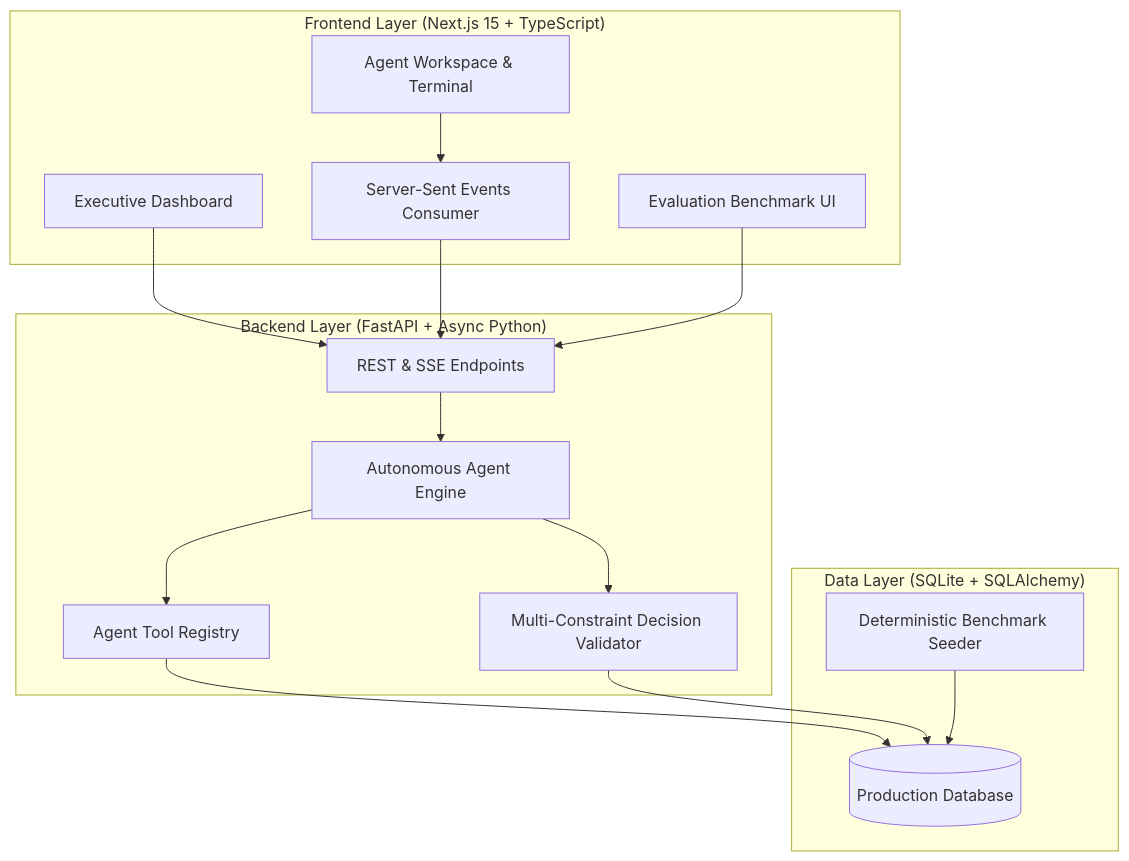
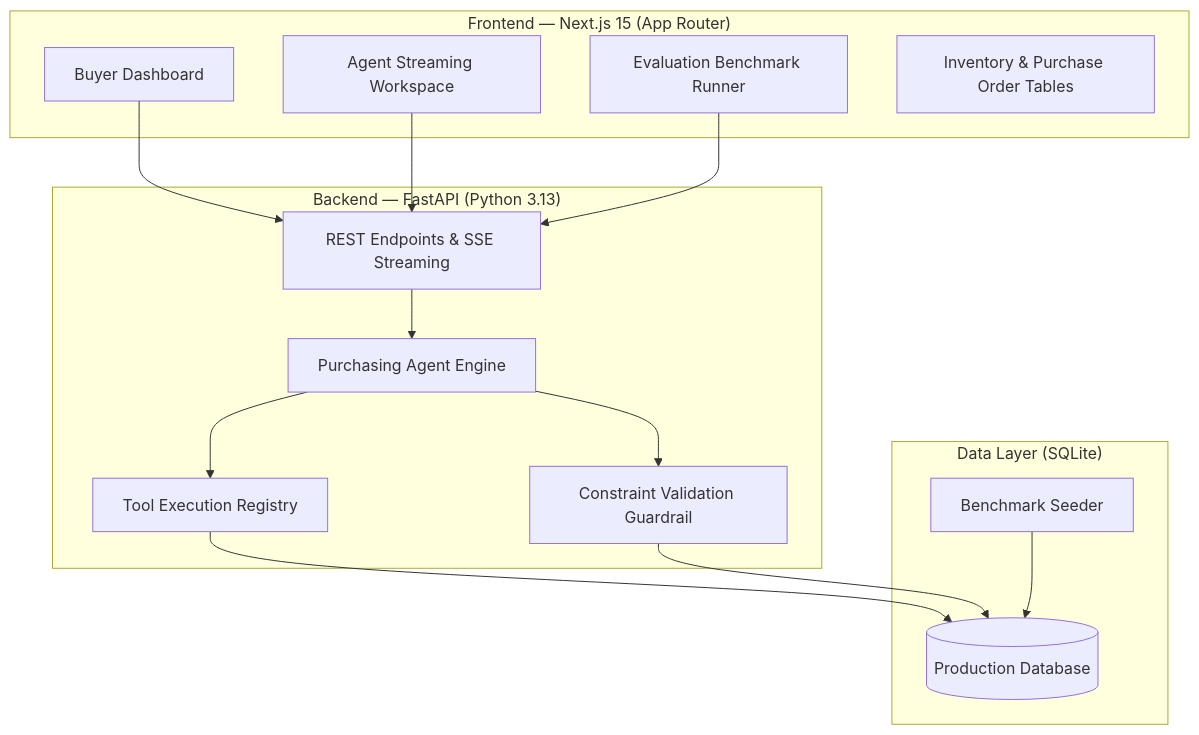
One commit to nikhil-87/BuyLogic changed the diagram in README.md. Above: the diagram before and after it, drawn with Mermaid. The commit also changed other lines of this file and 6 other files, not shown here.

````diff
--- a/README.md
+++ b/README.md
@@ -9,32 +24,31 @@
 ```mermaid
 graph TB
-    subgraph Client["Frontend Layer (Next.js 15 + TypeScript)"]
-        UI[Executive Dashboard]
-        WS[Agent Workspace & Terminal]
-        Eval[Evaluation Benchmark UI]
-        SSE_Client[Server-Sent Events Consumer]
+    subgraph Frontend["Frontend — Next.js 15 (App Router)"]
+        UI[Buyer Dashboard]
+        Terminal[Agent Streaming Workspace]
+        EvalUI[Evaluation Benchmark Runner]
+        Ledgers[Inventory & Purchase Order Tables]
     end
 
-    subgraph Server["Backend Layer (FastAPI + Async Python)"]
-        API[REST & SSE Endpoints]
-        Engine[Autonomous Agent Engine]
-        Tools[Agent Tool Registry]
-        Validator[Multi-Constraint Decision Validator]
+    subgraph Backend["Backend — FastAPI (Python 3.13)"]
+        API[REST Endpoints & SSE Streaming]
+        Engine[Purchasing Agent Engine]
+        Tools[Tool Execution Registry]
+        Validator[Constraint Validation Guardrail]
     end
 
-    subgraph Storage["Data Layer (SQLite + SQLAlchemy)"]
+    subgraph Database["Data Layer (SQLite)"]
         DB[(Production Database)]
-        Seed[Deterministic Benchmark Seeder]
+        Seed[Benchmark Seeder]
     end
 
     UI --> API
-    WS --> SSE_Client
-    SSE_Client --> API
+    Terminal --> API
     API --> Engine
     Engine --> Tools
     Engine --> Validator
     Tools --> DB
     Validator --> DB
     Seed --> DB
-    Eval --> API
+    EvalUI --> API
 ```
````
